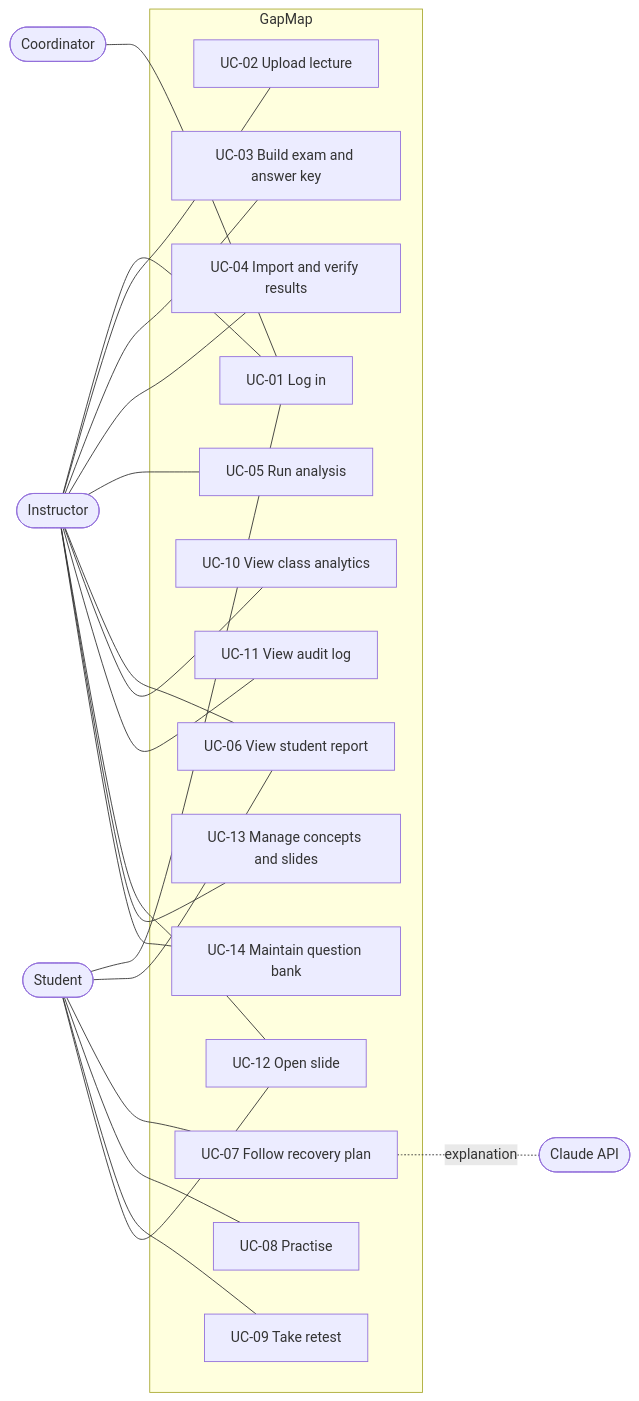
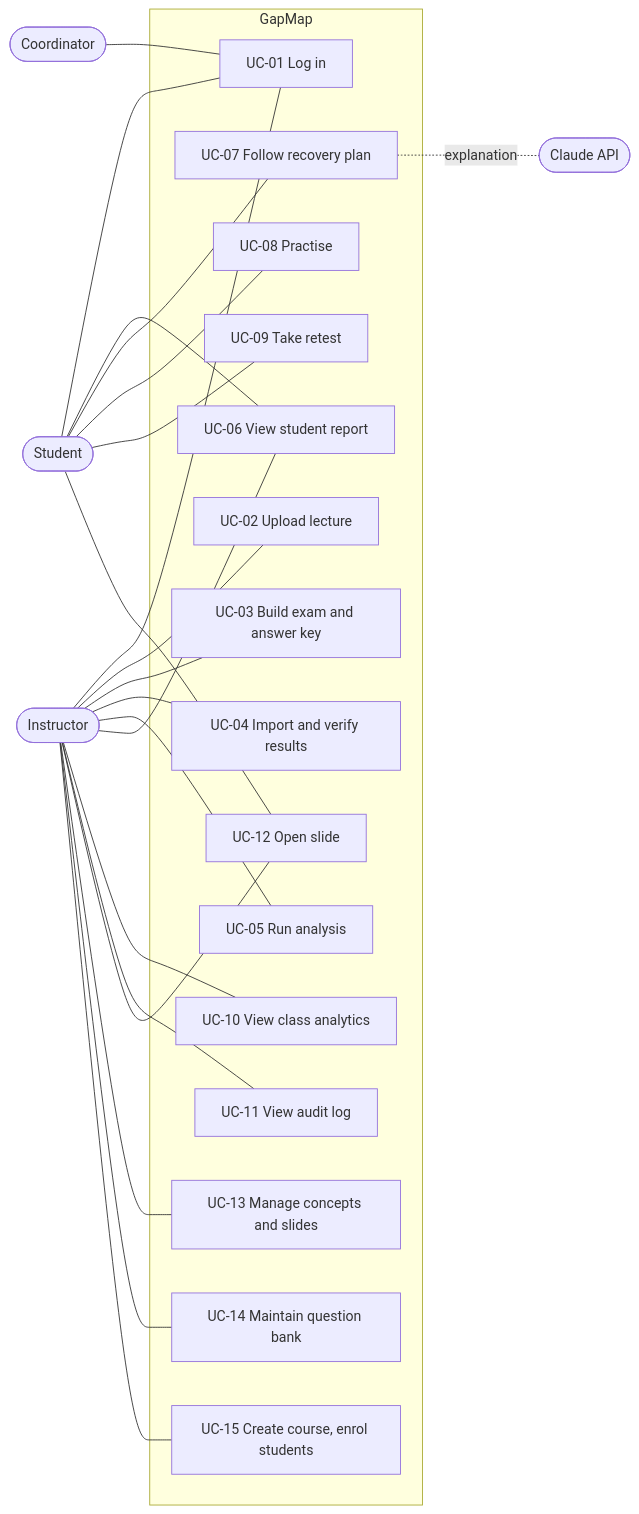
Before and after one commit to AhmedEbrahem25/gapmap: the diagram in docs/submission/03-Analysis/Use-Cases.md, drawn with Mermaid. The commit also changed other lines of this file and 35 other files, not shown here.

````diff
--- a/docs/submission/03-Analysis/Use-Cases.md
+++ b/docs/submission/03-Analysis/Use-Cases.md
@@ -15,27 +15,28 @@
 ```mermaid
 flowchart LR
   I([Instructor])
   S([Student])
   C([Coordinator])
   L([Claude API])
   subgraph GapMap
     UC1[UC-01 Log in]
     UC2[UC-02 Upload lecture]
     UC3[UC-03 Build exam and answer key]
     UC4[UC-04 Import and verify results]
     UC5[UC-05 Run analysis]
     UC6[UC-06 View student report]
     UC7[UC-07 Follow recovery plan]
     UC8[UC-08 Practise]
     UC9[UC-09 Take retest]
     UC10[UC-10 View class analytics]
     UC11[UC-11 View audit log]
     UC12[UC-12 Open slide]
     UC13[UC-13 Manage concepts and slides]
     UC14[UC-14 Maintain question bank]
+    UC15[UC-15 Create course, enrol students]
   end
-  I --- UC1 & UC2 & UC3 & UC4 & UC5 & UC6 & UC10 & UC11 & UC12 & UC13 & UC14
+  I --- UC1 & UC2 & UC3 & UC4 & UC5 & UC6 & UC10 & UC11 & UC12 & UC13 & UC14 & UC15
   S --- UC1 & UC6 & UC7 & UC8 & UC9 & UC12
   C --- UC1
   UC7 -. explanation .- L
 ```
````
